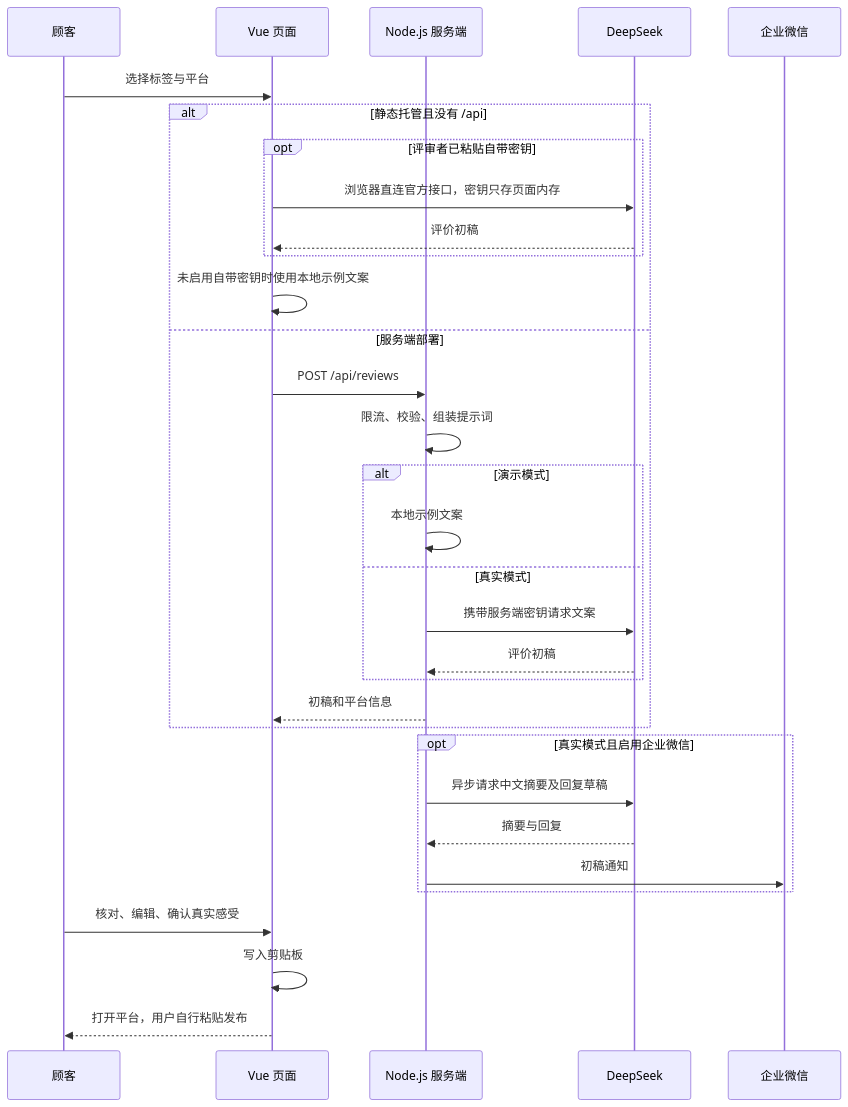
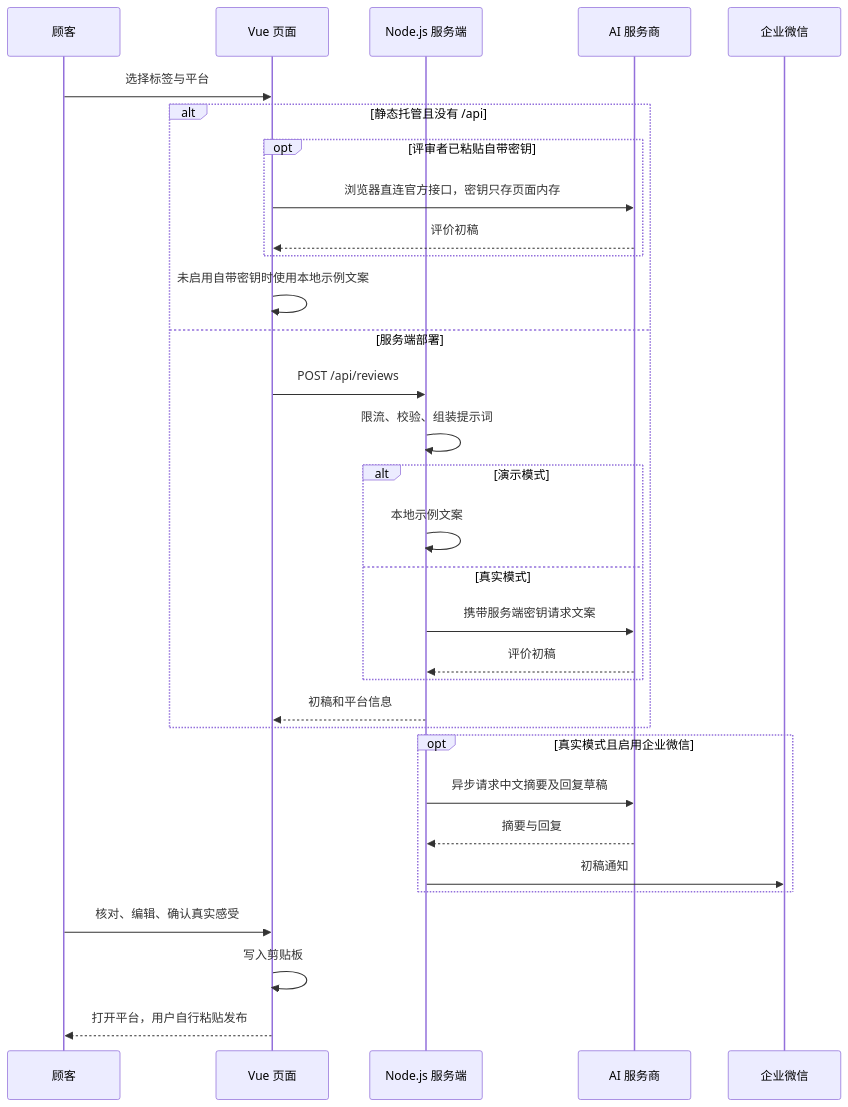
One commit to tyza66/sunny-tea-house changed the diagram in docs/架构设计.md. Above: the diagram before and after it, drawn with Mermaid. The commit also changed other lines of this file and 6 other files, not shown here.

````diff
--- a/docs/架构设计.md
+++ b/docs/架构设计.md
@@ -60,34 +60,34 @@
 ```mermaid
 sequenceDiagram
   participant U as 顾客
   participant V as Vue 页面
   participant S as Node.js 服务端
-  participant D as DeepSeek
+  participant D as AI 服务商
   participant W as 企业微信
   U->>V: 选择标签与平台
   alt 静态托管且没有 /api
     opt 评审者已粘贴自带密钥
       V->>D: 浏览器直连官方接口，密钥只存页面内存
       D-->>V: 评价初稿
     end
     V->>V: 未启用自带密钥时使用本地示例文案
   else 服务端部署
     V->>S: POST /api/reviews
     S->>S: 限流、校验、组装提示词
     alt 演示模式
       S->>S: 本地示例文案
     else 真实模式
       S->>D: 携带服务端密钥请求文案
       D-->>S: 评价初稿
     end
     S-->>V: 初稿和平台信息
   end
   opt 真实模式且启用企业微信
     S->>D: 异步请求中文摘要及回复草稿
     D-->>S: 摘要与回复
     S->>W: 初稿通知
   end
   U->>V: 核对、编辑、确认真实感受
   V->>V: 写入剪贴板
 V-->>U: 打开平台，用户自行粘贴发布
 ```
````
